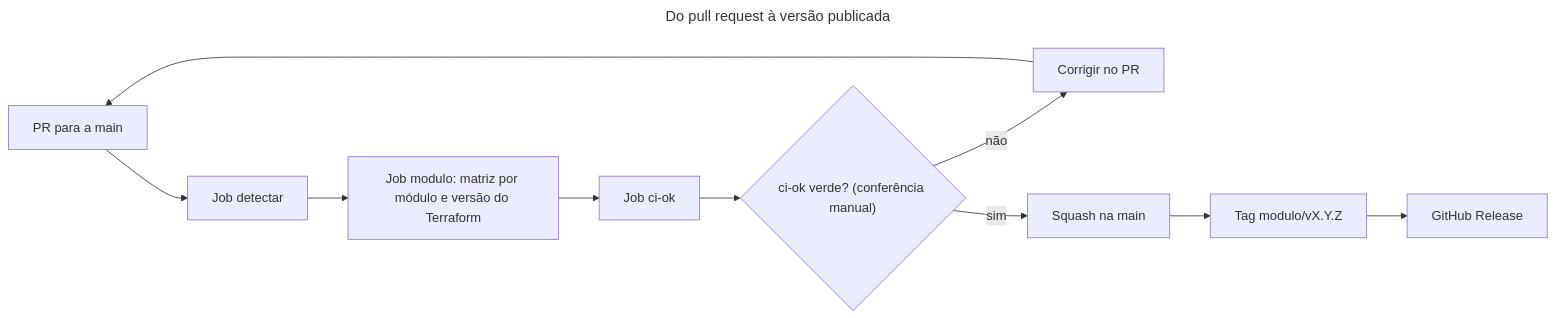
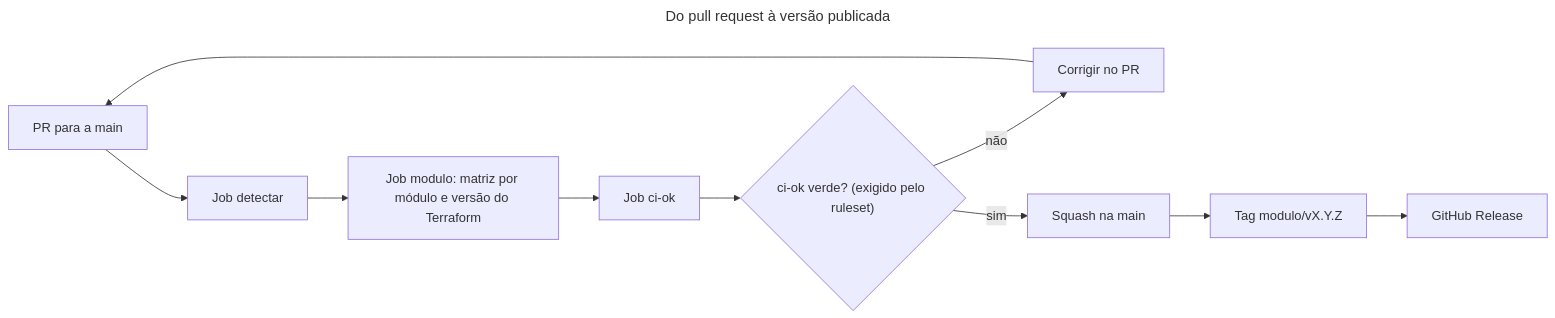
The first of 2 diagrams in docs/pipelines/ci-e-release-de-modulos.md (FWesleycosta/terraform-modules), drawn with Mermaid before and after one commit. The commit also changed other lines of this file and 8 other files, not shown here.

Commit message:
docs: atualiza pipeline e runbook e corrige diagramas C4 (#10)

````diff
--- a/docs/pipelines/ci-e-release-de-modulos.md
+++ b/docs/pipelines/ci-e-release-de-modulos.md
@@ -18,17 +28,17 @@
 ```mermaid
 ---
 title: Do pull request à versão publicada
 ---
 flowchart LR
     accTitle: Fluxo do pull request à versão publicada de um módulo
-    accDescr: O pull request para a main dispara o CI, que detecta os módulos alterados, valida cada um numa matriz e consolida o resultado no ci-ok. Com o ci-ok verde, o PR entra na main por squash, e o responsável cria a tag do módulo e a release no GitHub.
+    accDescr: O pull request para a main dispara o CI, que detecta os módulos alterados, valida cada um numa matriz e consolida o resultado no ci-ok. O ruleset exige-ci-ok torna o ci-ok obrigatório: com ele vermelho, o GitHub bloqueia o merge e a correção volta para o PR. Com o ci-ok verde, o PR entra na main por squash, e o responsável cria a tag do módulo e a release no GitHub.
     pr["PR para a main"] --> detectar["Job detectar"]
     detectar --> matriz["Job modulo: matriz por módulo e versão do Terraform"]
     matriz --> ciok["Job ci-ok"]
-    ciok --> verde{"ci-ok verde? (conferência manual)"}
+    ciok --> verde{"ci-ok verde? (exigido pelo ruleset)"}
     verde -- não --> corrigir["Corrigir no PR"]
     corrigir --> pr
     verde -- sim --> squash["Squash na main"]
     squash --> tag["Tag modulo/vX.Y.Z"]
     tag --> release["GitHub Release"]
 ```
````
